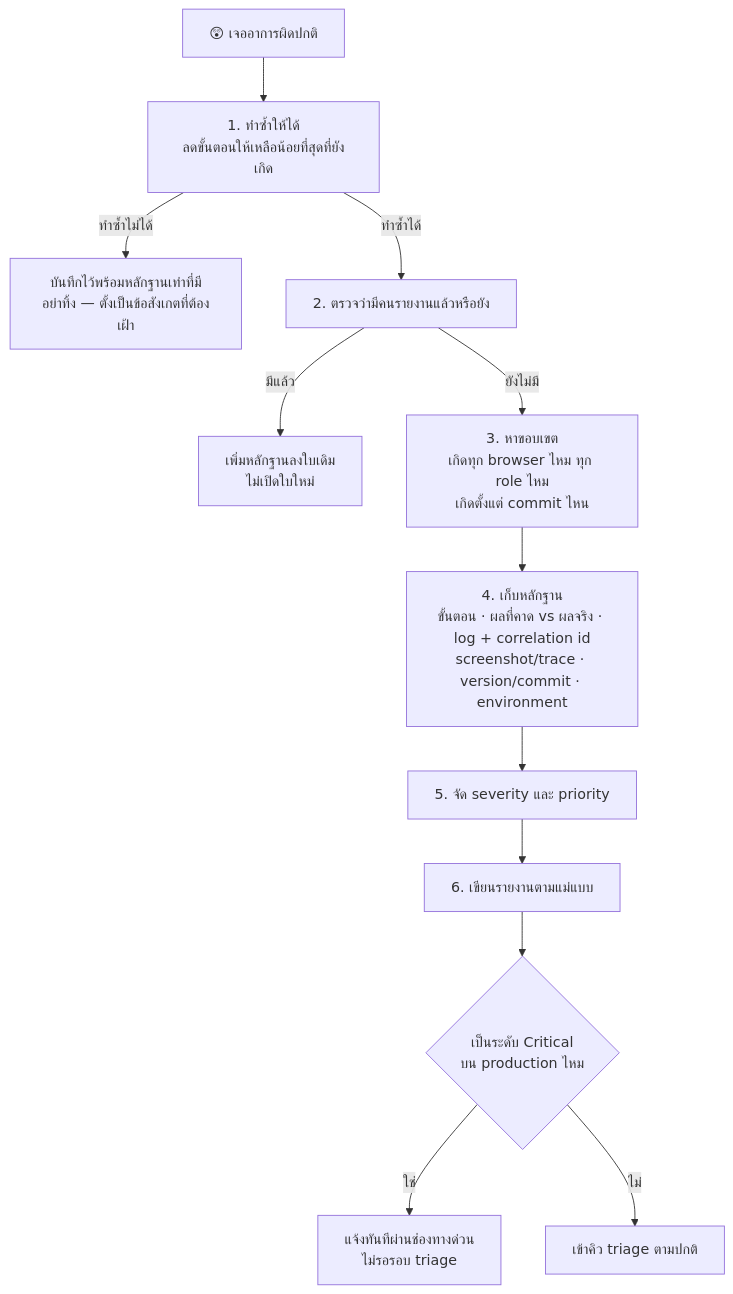
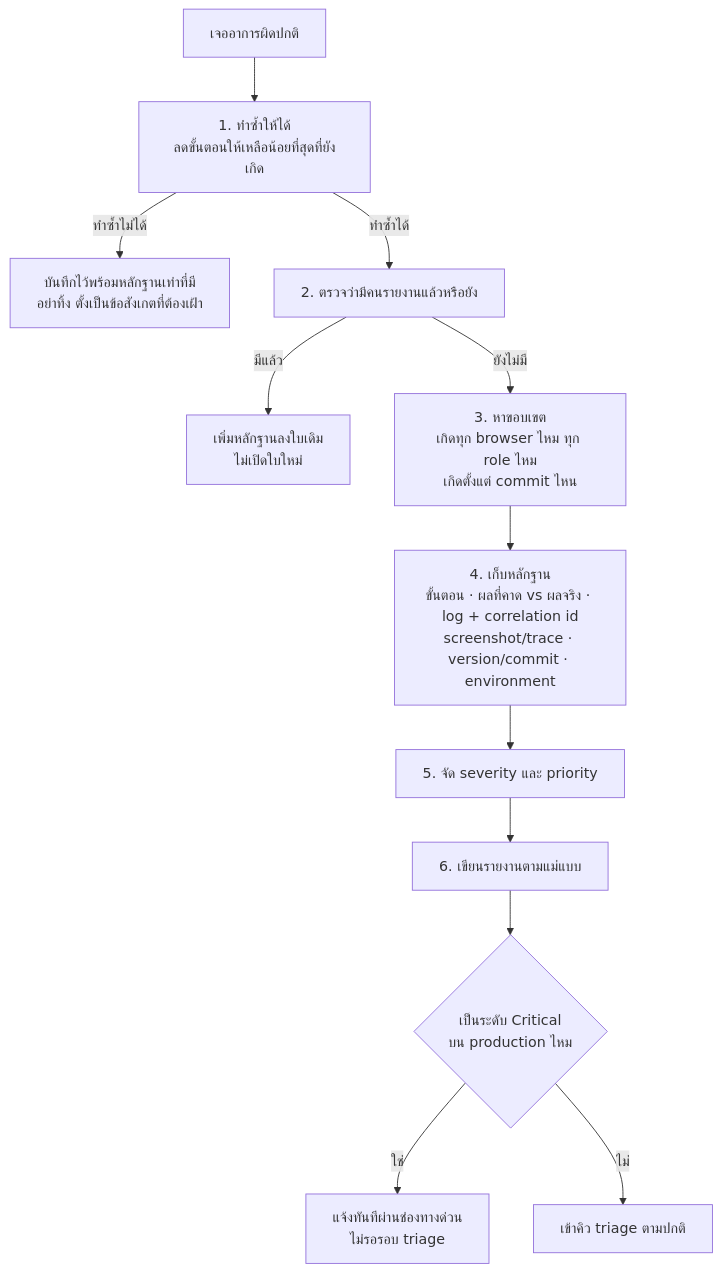
Diagram 12 of 19 in readings/03-software-testing.md (CE-SDPX/SDPX-AI), drawn with Mermaid before and after one commit. The commit also changed other lines of this file and 6 other files, not shown here.

````diff
--- a/readings/03-software-testing.md
+++ b/readings/03-software-testing.md
@@ -435,14 +431,14 @@
 ```mermaid
 flowchart TD
-    F["😲 เจออาการผิดปกติ"] --> R1["1. ทำซ้ำให้ได้<br/>ลดขั้นตอนให้เหลือน้อยที่สุดที่ยังเกิด"]
-    R1 -->|"ทำซ้ำไม่ได้"| NR["บันทึกไว้พร้อมหลักฐานเท่าที่มี<br/>อย่าทิ้ง — ตั้งเป็นข้อสังเกตที่ต้องเฝ้า"]
+    F["เจออาการผิดปกติ"] --> R1["1. ทำซ้ำให้ได้<br/>ลดขั้นตอนให้เหลือน้อยที่สุดที่ยังเกิด"]
+    R1 -->|"ทำซ้ำไม่ได้"| NR["บันทึกไว้พร้อมหลักฐานเท่าที่มี<br/>อย่าทิ้ง ตั้งเป็นข้อสังเกตที่ต้องเฝ้า"]
     R1 -->|"ทำซ้ำได้"| R2["2. ตรวจว่ามีคนรายงานแล้วหรือยัง"]
     R2 -->|"มีแล้ว"| DUP["เพิ่มหลักฐานลงใบเดิม<br/>ไม่เปิดใบใหม่"]
     R2 -->|"ยังไม่มี"| R3["3. หาขอบเขต<br/>เกิดทุก browser ไหม ทุก role ไหม<br/>เกิดตั้งแต่ commit ไหน"]
     R3 --> R4["4. เก็บหลักฐาน<br/>ขั้นตอน · ผลที่คาด vs ผลจริง · log + correlation id<br/>screenshot/trace · version/commit · environment"]
     R4 --> R5["5. จัด severity และ priority"]
     R5 --> R6["6. เขียนรายงานตามแม่แบบ"]
     R6 --> R7{"เป็นระดับ Critical<br/>บน production ไหม"}
     R7 -->|"ใช่"| ESC["แจ้งทันทีผ่านช่องทางด่วน<br/>ไม่รอรอบ triage"]
     R7 -->|"ไม่"| TRI["เข้าคิว triage ตามปกติ"]
 ```
````
